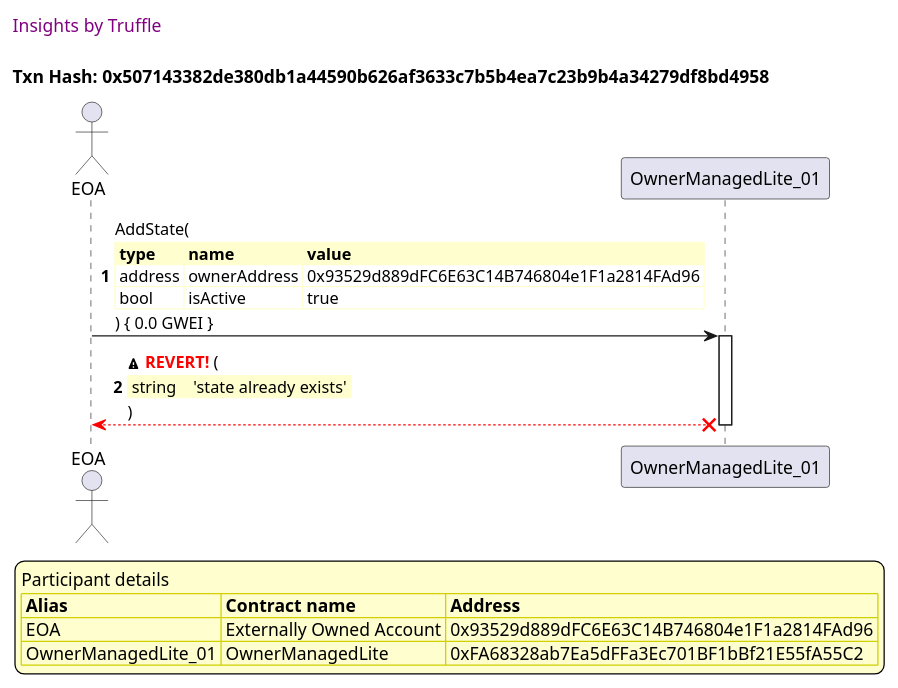
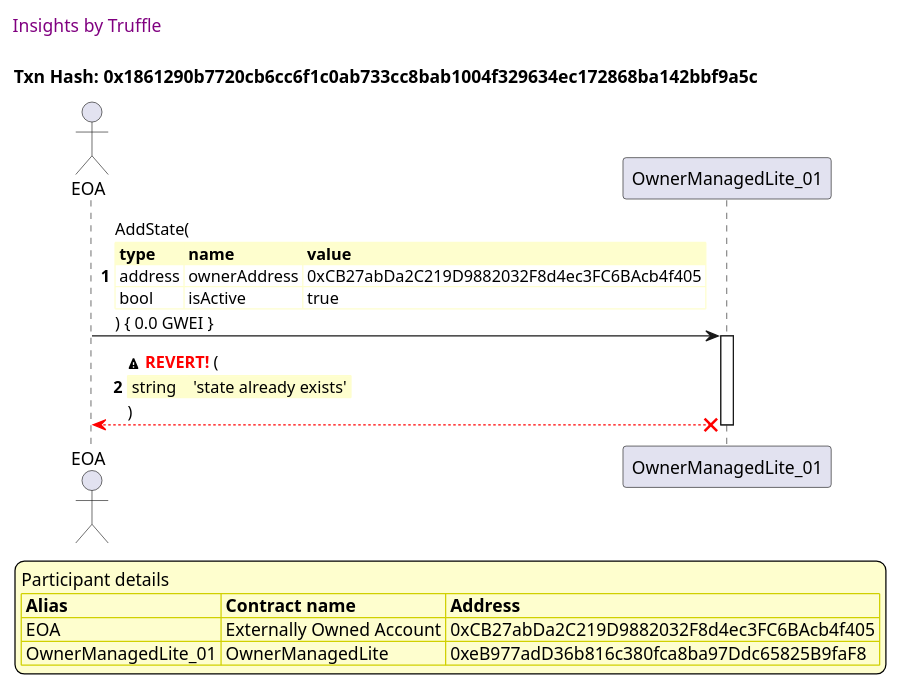
Before and after one commit to thedarkjester/ConsensysAssignment: the fifth of 9 diagrams in truffle-seq/OwnerManagedLite_test_add_state.md, drawn with PlantUML. The commit also changed other lines of this file and 13 other files, not shown here.

````diff
--- a/truffle-seq/OwnerManagedLite_test_add_state.md
+++ b/truffle-seq/OwnerManagedLite_test_add_state.md
@@ -201,44 +201,44 @@
 ```plantuml
 
 
 @startuml
 
 autonumber
 skinparam legendBackgroundColor #FEFECE
 
 <style>
       header {
         HorizontalAlignment left
         FontColor purple
         FontSize 14
         Padding 10
       }
     </style>
 
 header Insights by Truffle
 
-title Txn Hash: 0x507143382de380db1a44590b626af3633c7b5b4ea7c23b9b4a34279df8bd4958
+title Txn Hash: 0x1861290b7720cb6cc6f1c0ab733cc8bab1004f329634ec172868ba142bbf9a5c
 
 
 actor EOA as "EOA"
 participant OwnerManagedLite_01 as "OwnerManagedLite_01"
 
 "EOA" -> "OwnerManagedLite_01" ++: AddState(\n\
 <#FEFECE,#FEFECE>|= type |= name |= value |\n\
-| address | ownerAddress | 0x93529d889dFC6E63C14B746804e1F1a2814FAd96 |\n\
+| address | ownerAddress | 0xCB27abDa2C219D9882032F8d4ec3FC6BAcb4f405 |\n\
 | bool | isActive | true |\n\
 ) { 0.0 GWEI }
 "OwnerManagedLite_01" x-[#red]-> "EOA" --: <&warning> <color #red>**REVERT!**</color> (\n\
 <#FEFECE,#FEFECE>| string |  | 'state already exists' |\n\
 )
 deactivate "OwnerManagedLite_01"
 
 legend
 Participant details
 <#FEFECE,#D0D000>|= Alias |= Contract name |= Address |
-<#FEFECE>| EOA | Externally Owned Account | 0x93529d889dFC6E63C14B746804e1F1a2814FAd96 |
-<#FEFECE>| OwnerManagedLite_01 | OwnerManagedLite | 0xFA68328ab7Ea5dFFa3Ec701BF1bBf21E55fA55C2 |
+<#FEFECE>| EOA | Externally Owned Account | 0xCB27abDa2C219D9882032F8d4ec3FC6BAcb4f405 |
+<#FEFECE>| OwnerManagedLite_01 | OwnerManagedLite | 0xeB977adD36b816c380fca8ba97Ddc65825B9faF8 |
 endlegend
 
 @enduml
 ```
````
